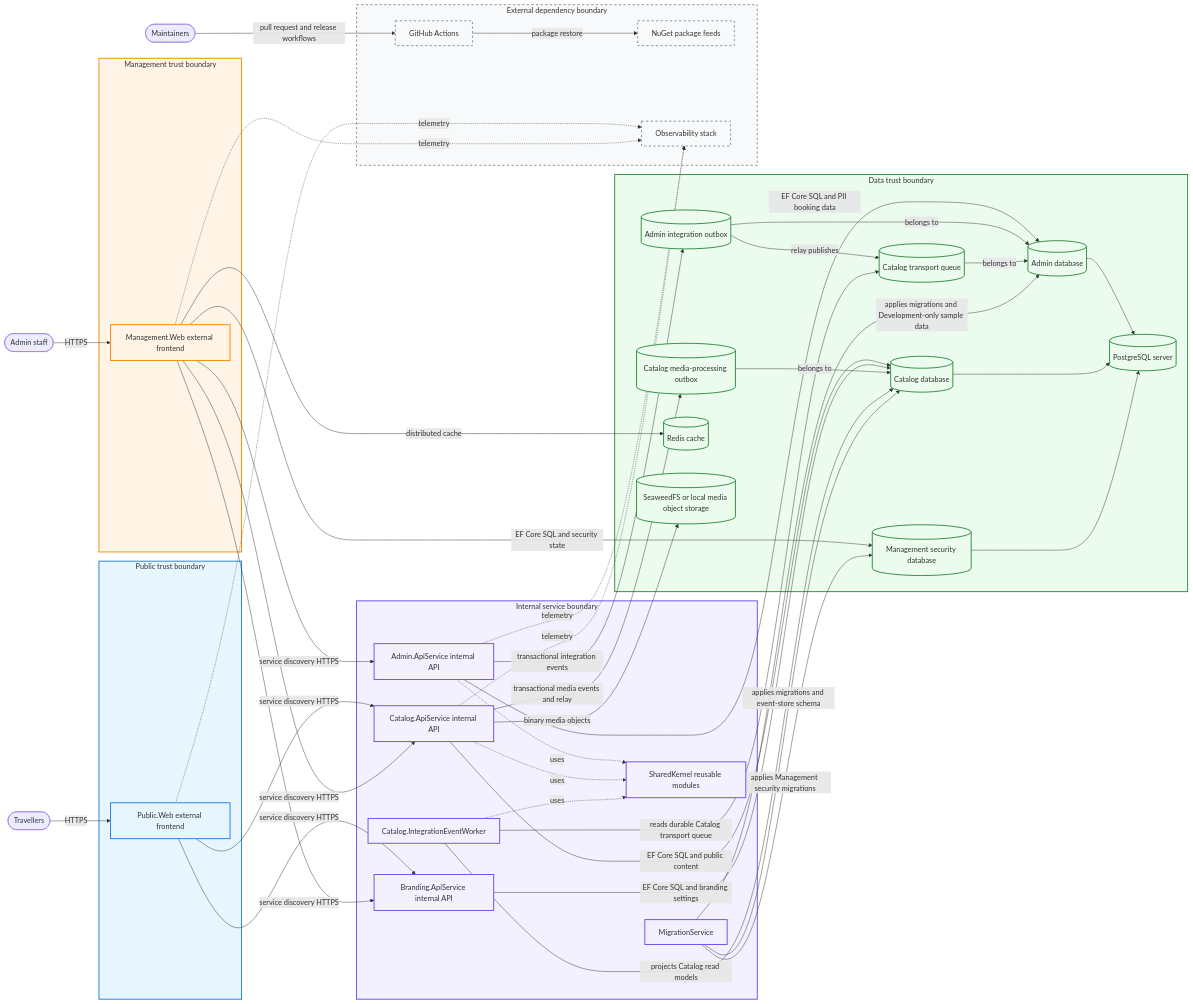
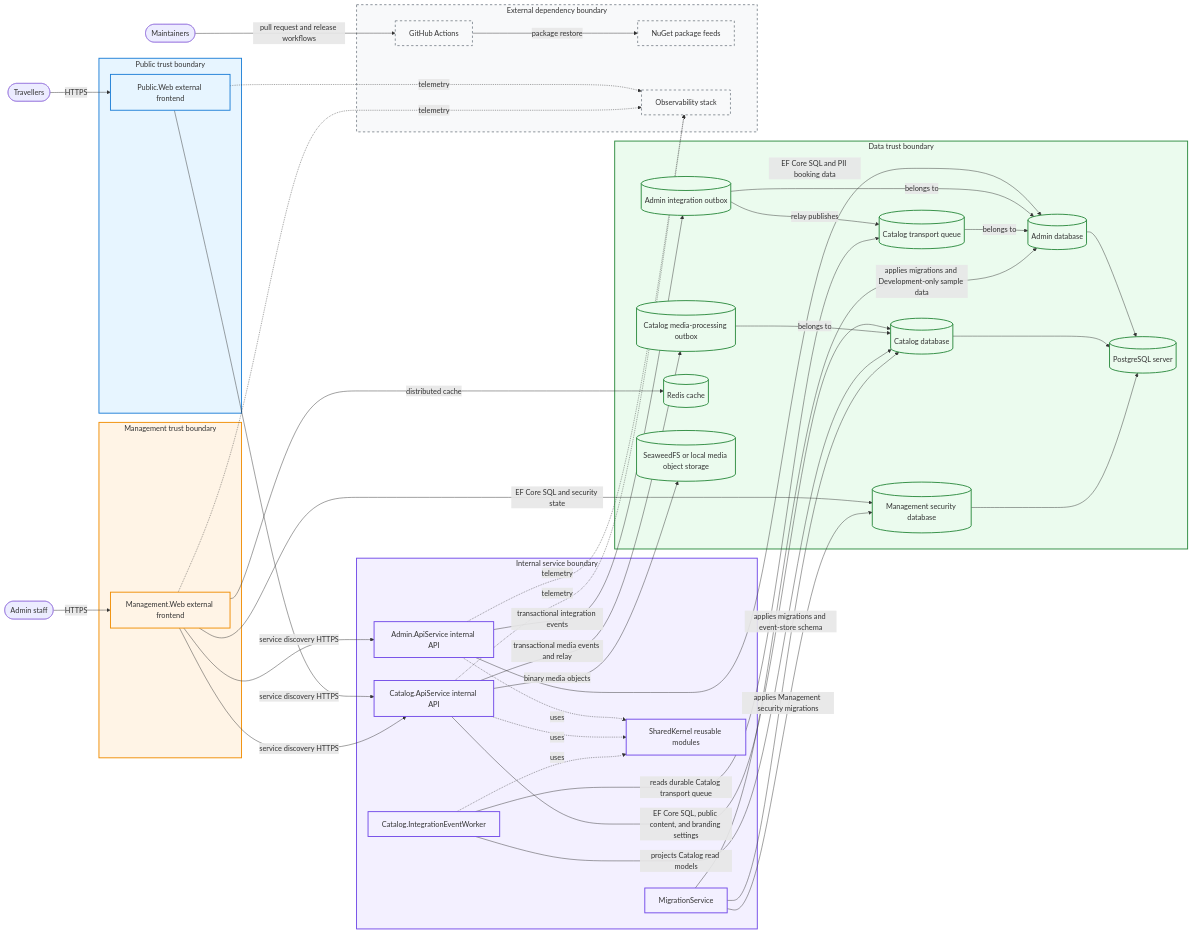
One commit to danigutsch/ViajantesTurismo changed the diagram in docs/architecture/system-overview.md. Above: the diagram before and after it, drawn with Mermaid. The commit also changed 169 other files, not shown here.

First line of the commit message:
feat(branding)!: remove the standalone Branding host and Admin HTTP edge (#1251)

````diff
--- a/docs/architecture/system-overview.md
+++ b/docs/architecture/system-overview.md
@@ -28,7 +28,6 @@
     end
     subgraph internalBoundary[Internal service boundary]
         adminApi[Admin.ApiService internal API]
-        brandingApi[Branding.ApiService internal API]
         catalogApi[Catalog.ApiService internal API]
         worker[Catalog.IntegrationEventWorker]
         migration[MigrationService]
@@ -55,9 +54,7 @@
     maintainer -- pull request and release workflows --> github
     github -- package restore --> packageFeeds
     publicWeb -- service discovery HTTPS --> catalogApi
-    publicWeb -- service discovery HTTPS --> brandingApi
     managementWeb -- service discovery HTTPS --> adminApi
-    managementWeb -- service discovery HTTPS --> brandingApi
     managementWeb -- service discovery HTTPS --> catalogApi
     managementWeb -- distributed cache --> cache
     managementWeb -- EF Core SQL and security state --> securityDatabase
@@ -66,8 +63,7 @@
     adminOutbox -- relay publishes --> catalogTransport
     adminOutbox -- belongs to --> adminDatabase
     catalogTransport -- belongs to --> adminDatabase
-    catalogApi -- EF Core SQL and public content --> catalogDatabase
-    brandingApi -- EF Core SQL and branding settings --> catalogDatabase
+    catalogApi -- EF Core SQL, public content, and branding settings --> catalogDatabase
     catalogApi -- binary media objects --> mediaStorage
     catalogApi -- transactional media events and relay --> catalogOutbox
     catalogOutbox -- belongs to --> catalogDatabase
@@ -98,7 +94,7 @@
     classDef external fill:#f8f9fa,stroke:#868e96,stroke-width:2px,stroke-dasharray: 5 5
     class publicWeb public
     class managementWeb management
-    class adminApi,brandingApi,catalogApi,worker,migration,sharedKernel internal
+    class adminApi,catalogApi,worker,migration,sharedKernel internal
     class databaseServer,adminDatabase,catalogDatabase,securityDatabase,adminOutbox,catalogTransport,catalogOutbox,cache,mediaStorage data
     class github,packageFeeds,observability external
 ```
````
